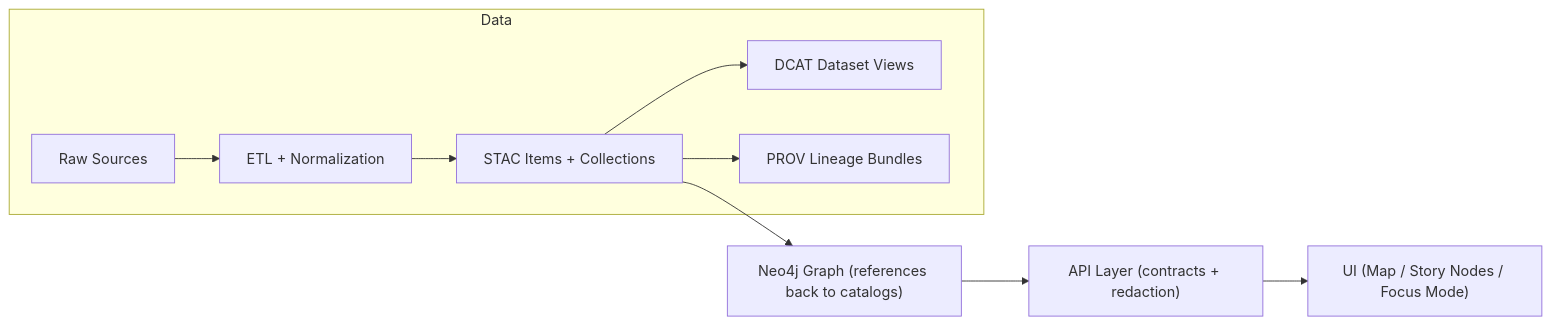
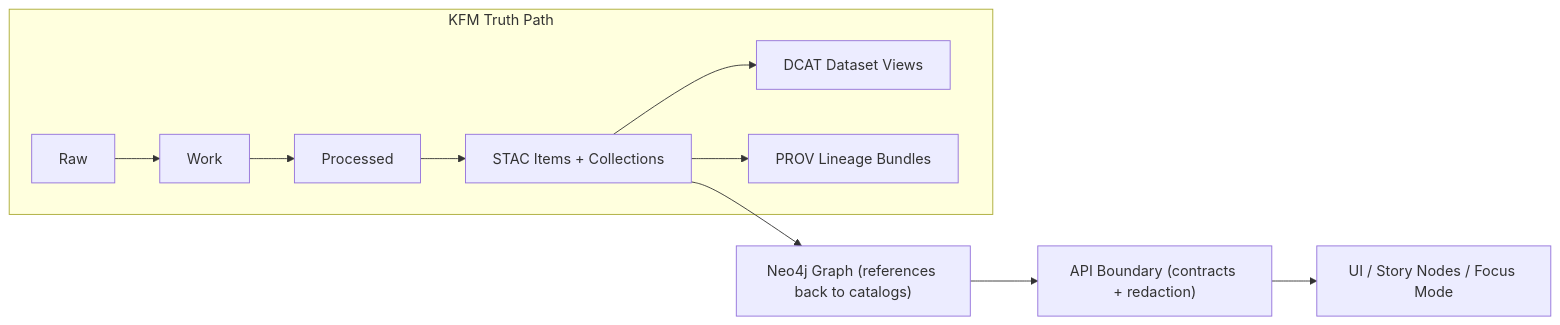
Before and after one commit to bartytime4life/Kansas-Frontier-Matrix: the diagram in data/graph/README.md, drawn with Mermaid. The commit also changed other lines of this file, not shown here.

````diff
--- a/data/graph/README.md
+++ b/data/graph/README.md
@@ -13,13 +54,14 @@
 ```mermaid
 flowchart LR
-  subgraph Data
-    A["Raw Sources"] --> B["ETL + Normalization"]
-    B --> C["STAC Items + Collections"]
-    C --> D["DCAT Dataset Views"]
-    C --> E["PROV Lineage Bundles"]
+  subgraph Data["KFM Truth Path"]
+    A["Raw"] --> B["Work"]
+    B --> C["Processed"]
+    C --> S["STAC Items + Collections"]
+    S --> D["DCAT Dataset Views"]
+    S --> P["PROV Lineage Bundles"]
   end
 
-  C --> G["Neo4j Graph (references back to catalogs)"]
-  G --> H["API Layer (contracts + redaction)"]
-  H --> I["UI (Map / Story Nodes / Focus Mode)"]
+  S --> G["Neo4j Graph (references back to catalogs)"]
+  G --> API["API Boundary (contracts + redaction)"]
+  API --> UI["UI / Story Nodes / Focus Mode"]
 ```
````
